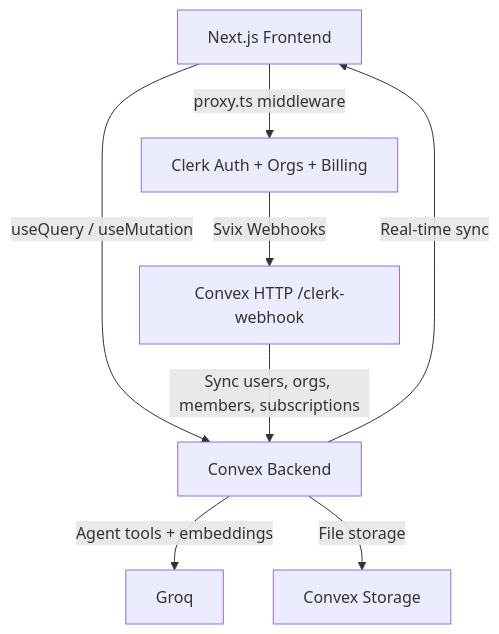
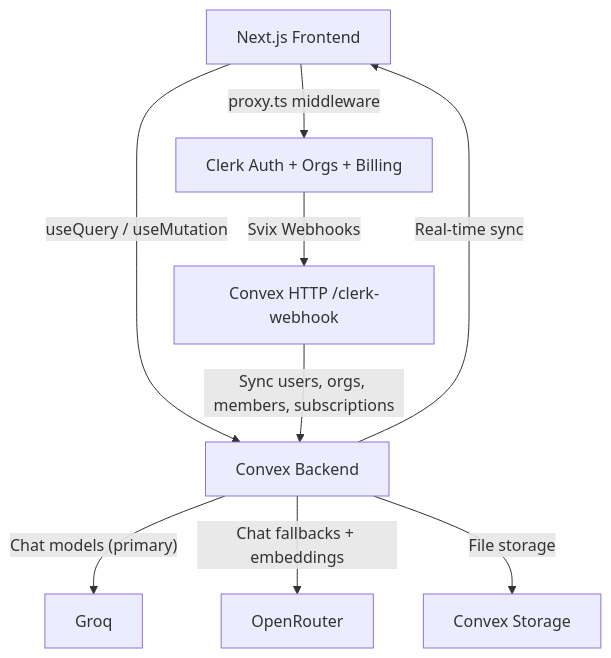
Before and after one commit to mawlid1431/DevTrack: the third of 8 diagrams in README.md, drawn with Mermaid. The commit also changed other lines of this file and 48 other files, not shown here.

````diff
--- a/README.md
+++ b/README.md
@@ -187,10 +192,11 @@
 ```mermaid
 flowchart TB
     Browser[Next.js Frontend] -->|"useQuery / useMutation"| Convex[Convex Backend]
     Convex -->|"Real-time sync"| Browser
     Clerk[Clerk Auth + Orgs + Billing] -->|"Svix Webhooks"| ConvexHTTP["Convex HTTP /clerk-webhook"]
     ConvexHTTP -->|"Sync users, orgs, members, subscriptions"| Convex
-    Convex -->|"Agent tools + embeddings"| Groq[Groq]
+    Convex -->|"Chat models (primary)"| Groq[Groq]
+    Convex -->|"Chat fallbacks + embeddings"| OpenRouter[OpenRouter]
     Convex -->|"File storage"| Storage[Convex Storage]
     Browser -->|"proxy.ts middleware"| Clerk
 ```
````
